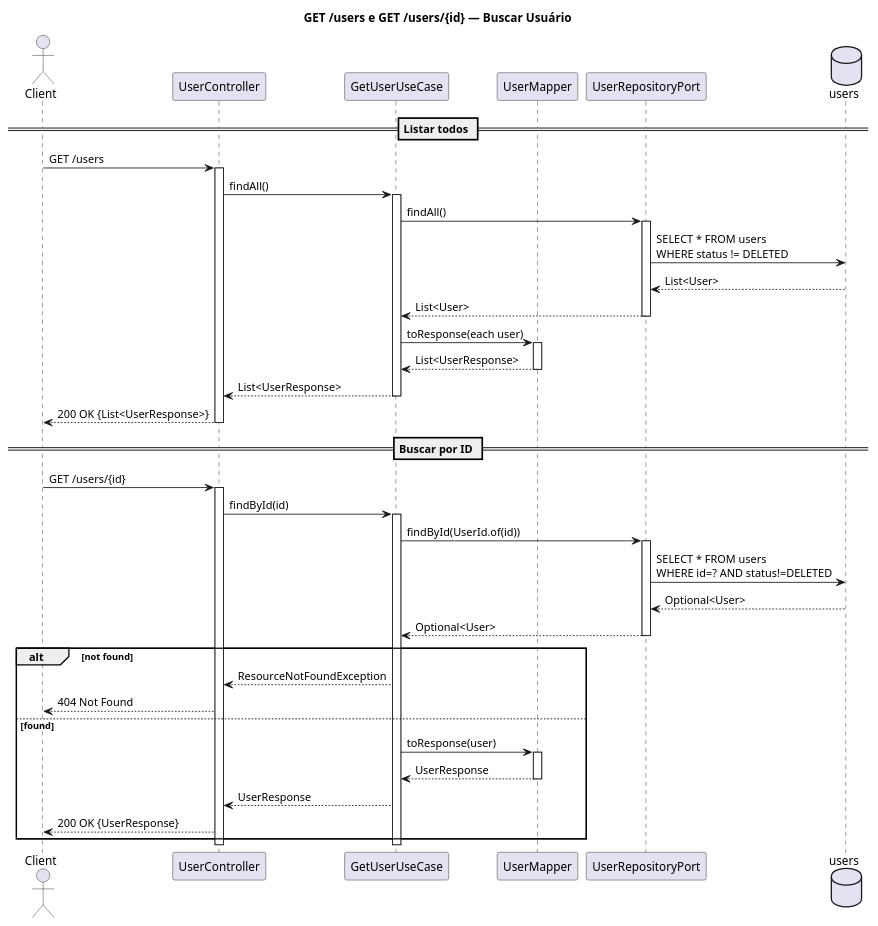
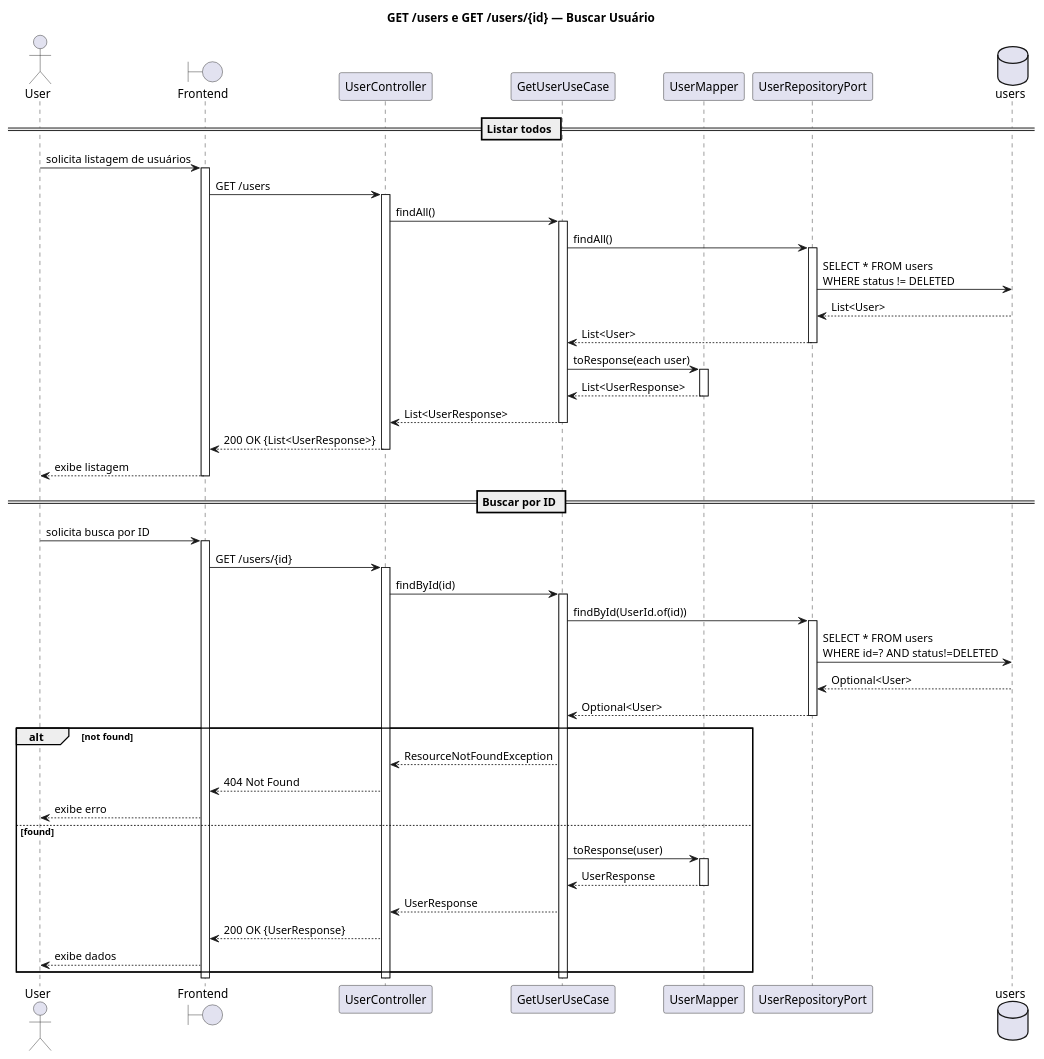
The diagram in sequencia/user/get_user.puml (Neoguara/rooms-diagrams), drawn with PlantUML before and after one commit. The commit also changed 28 other files, not shown here.

```diff
--- a/sequencia/user/get_user.puml
+++ b/sequencia/user/get_user.puml
@@ -1,68 +1,78 @@
 @startuml get_user
 
 title GET /users e GET /users/{id} — Buscar Usuário
 
-actor Client
+actor User
+boundary "Frontend" as FE
 participant "UserController" as Ctrl
 participant "GetUserUseCase" as UC
 participant "UserMapper" as Mapper
 participant "UserRepositoryPort" as Repo
 database "users" as DB
 
 == Listar todos ==
 
-Client -> Ctrl: GET /users
+User -> FE: solicita listagem de usuários
+activate FE
+FE -> Ctrl: GET /users
 activate Ctrl
 
 Ctrl -> UC: findAll()
 activate UC
 
 UC -> Repo: findAll()
 activate Repo
 Repo -> DB: SELECT * FROM users\nWHERE status != DELETED
 DB --> Repo: List<User>
 Repo --> UC: List<User>
 deactivate Repo
 
 UC -> Mapper: toResponse(each user)
 activate Mapper
 Mapper --> UC: List<UserResponse>
 deactivate Mapper
 
 UC --> Ctrl: List<UserResponse>
 deactivate UC
-Ctrl --> Client: 200 OK {List<UserResponse>}
+Ctrl --> FE: 200 OK {List<UserResponse>}
 deactivate Ctrl
+FE --> User: exibe listagem
+deactivate FE
 
 == Buscar por ID ==
 
-Client -> Ctrl: GET /users/{id}
+User -> FE: solicita busca por ID
+activate FE
+FE -> Ctrl: GET /users/{id}
 activate Ctrl
 
 Ctrl -> UC: findById(id)
 activate UC
 
 UC -> Repo: findById(UserId.of(id))
 activate Repo
 Repo -> DB: SELECT * FROM users\nWHERE id=? AND status!=DELETED
 DB --> Repo: Optional<User>
 Repo --> UC: Optional<User>
 deactivate Repo
 
 alt not found
   UC --> Ctrl: ResourceNotFoundException
-  Ctrl --> Client: 404 Not Found
+  Ctrl --> FE: 404 Not Found
+  FE --> User: exibe erro
 else found
   UC -> Mapper: toResponse(user)
   activate Mapper
   Mapper --> UC: UserResponse
   deactivate Mapper
 
   UC --> Ctrl: UserResponse
-  Ctrl --> Client: 200 OK {UserResponse}
+  Ctrl --> FE: 200 OK {UserResponse}
+  FE --> User: exibe dados
 end
 
 deactivate UC
 deactivate Ctrl
+deactivate FE
 
 @enduml
```
